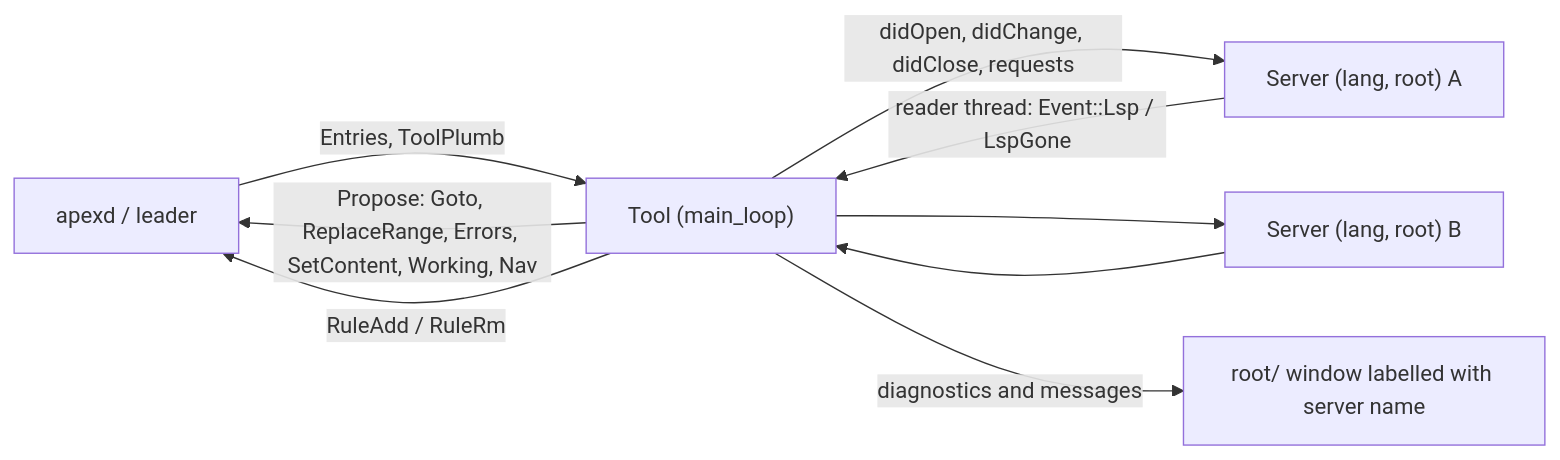
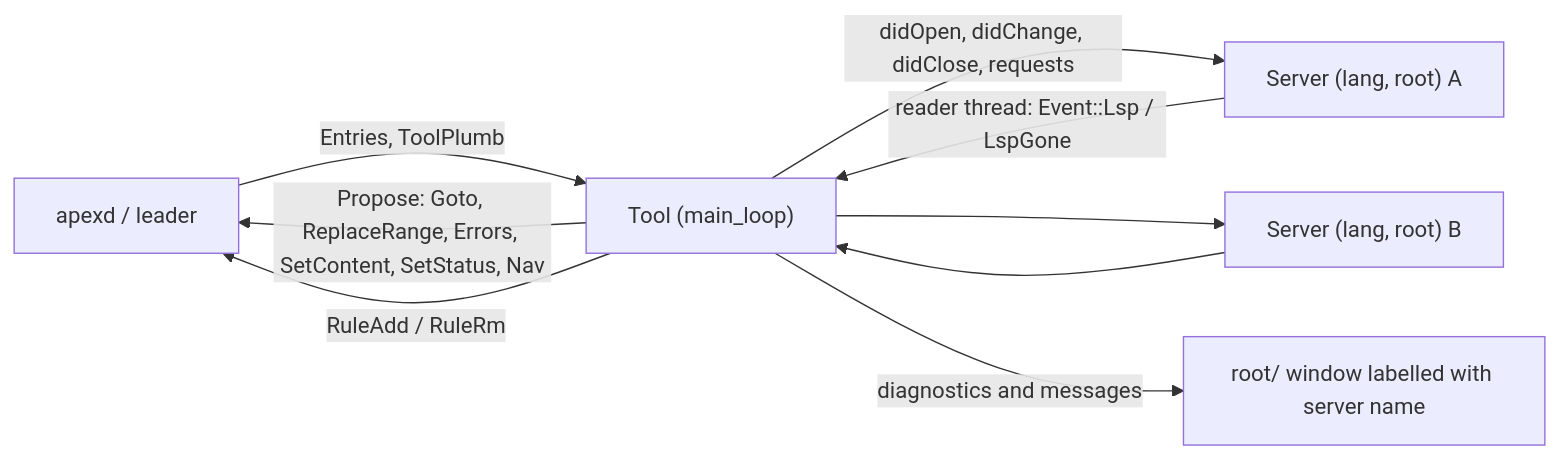
Before and after one commit to mariusae/apex: the second of 3 diagrams in docs/wiki/tool-win-and-lsp.md, drawn with Mermaid. The commit also changed other lines of this file and 137 other files, not shown here.

````diff
--- a/docs/wiki/tool-win-and-lsp.md
+++ b/docs/wiki/tool-win-and-lsp.md
@@ -134,11 +134,11 @@
 ```mermaid
 flowchart LR
     D["apexd / leader"] -- "Entries, ToolPlumb" --> T["Tool (main_loop)"]
-    T -- "Propose: Goto, ReplaceRange, Errors, SetContent, Working, Nav" --> D
+    T -- "Propose: Goto, ReplaceRange, Errors, SetContent, SetStatus, Nav" --> D
     T -- "RuleAdd / RuleRm" --> D
     T -- "didOpen, didChange, didClose, requests" --> S1["Server (lang, root) A"]
     T --> S2["Server (lang, root) B"]
     S1 -- "reader thread: Event::Lsp / LspGone" --> T
     S2 --> T
     T -- "diagnostics and messages" --> W["root/ window labelled with server name"]
 ```
````
